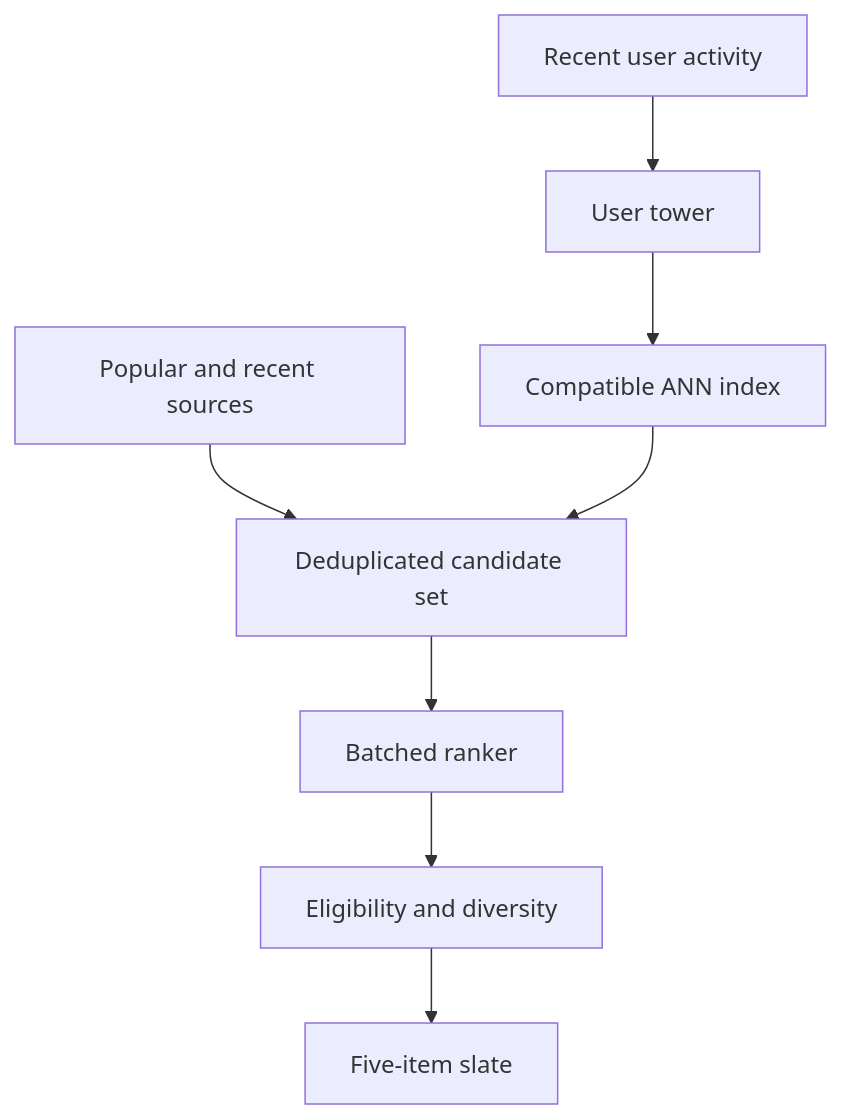
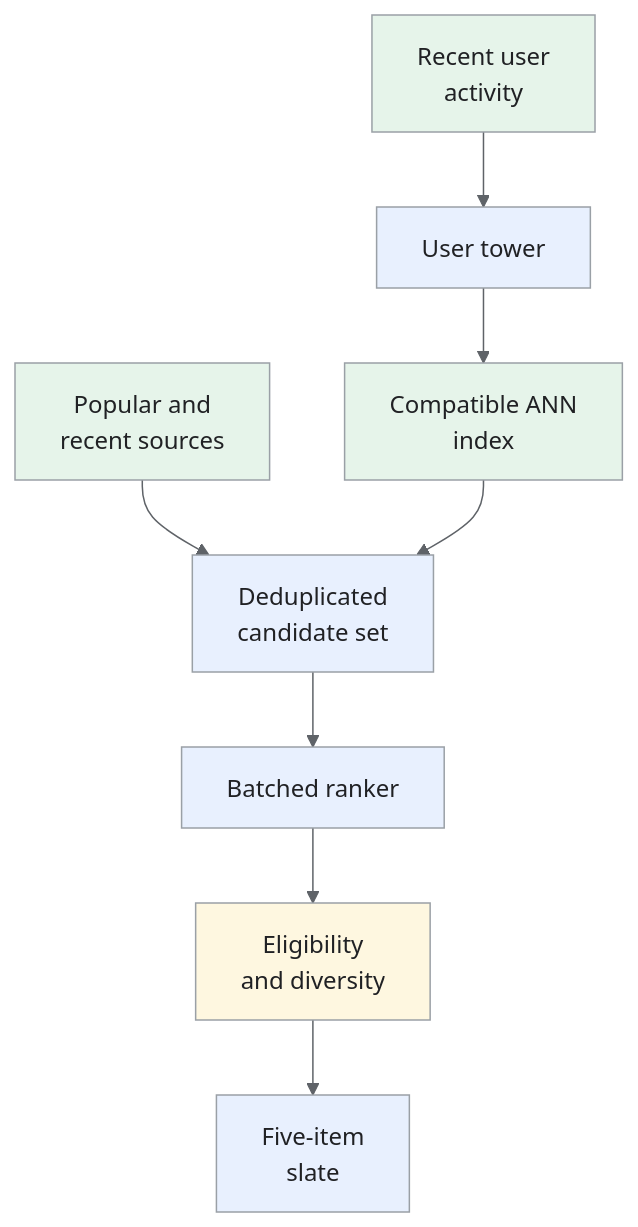
The fourth of 5 diagrams in _designs/video-recommendations.md (iliazlobin/iliazlobin.github.io), drawn with Mermaid before and after one commit. The commit also changed other lines of this file and 131 other files, not shown here.

````diff
--- a/_designs/video-recommendations.md
+++ b/_designs/video-recommendations.md
@@ -183,10 +274,18 @@
 ```mermaid
+%%{init: {"theme":"base","themeVariables":{"primaryColor":"#e8f0fe","primaryBorderColor":"#9aa0a6","primaryTextColor":"#202124","secondaryColor":"#e6f4ea","tertiaryColor":"#fef7e0","lineColor":"#5f6368","actorBkg":"#e8f0fe","actorBorder":"#9aa0a6","actorTextColor":"#202124","noteBkgColor":"#fef7e0","noteBorderColor":"#9aa0a6","noteTextColor":"#202124","signalColor":"#5f6368","signalTextColor":"#202124"}}}%%
 flowchart TB
-    H["Recent user activity"] --> U["User tower"]
-    U --> A["Compatible ANN index"]
-    P["Popular and recent sources"] --> M["Deduplicated candidate set"]
+    H["Recent user<br>activity"] --> U["User tower"]
+    U --> A["Compatible ANN<br>index"]
+    P["Popular and<br>recent sources"] --> M["Deduplicated<br>candidate set"]
     A --> M
     M --> R["Batched ranker"]
-    R --> D["Eligibility and diversity"]
-    D --> S["Five-item slate"]
+    R --> D["Eligibility<br>and diversity"]
+    D --> S["Five-item<br>slate"]
+classDef request fill:#e8f0fe,stroke:#9aa0a6,color:#202124;
+classDef data fill:#e6f4ea,stroke:#9aa0a6,color:#202124;
+classDef control fill:#fef7e0,stroke:#9aa0a6,color:#202124;
+class U,M,R,S request;
+class H,A,P data;
+class D control;
+
 ```
````
